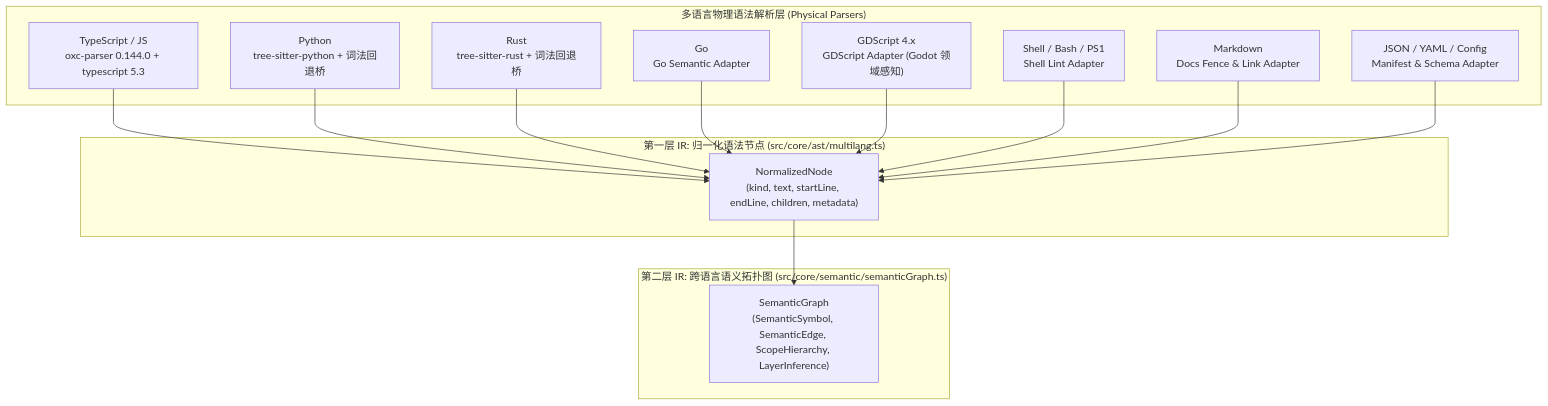
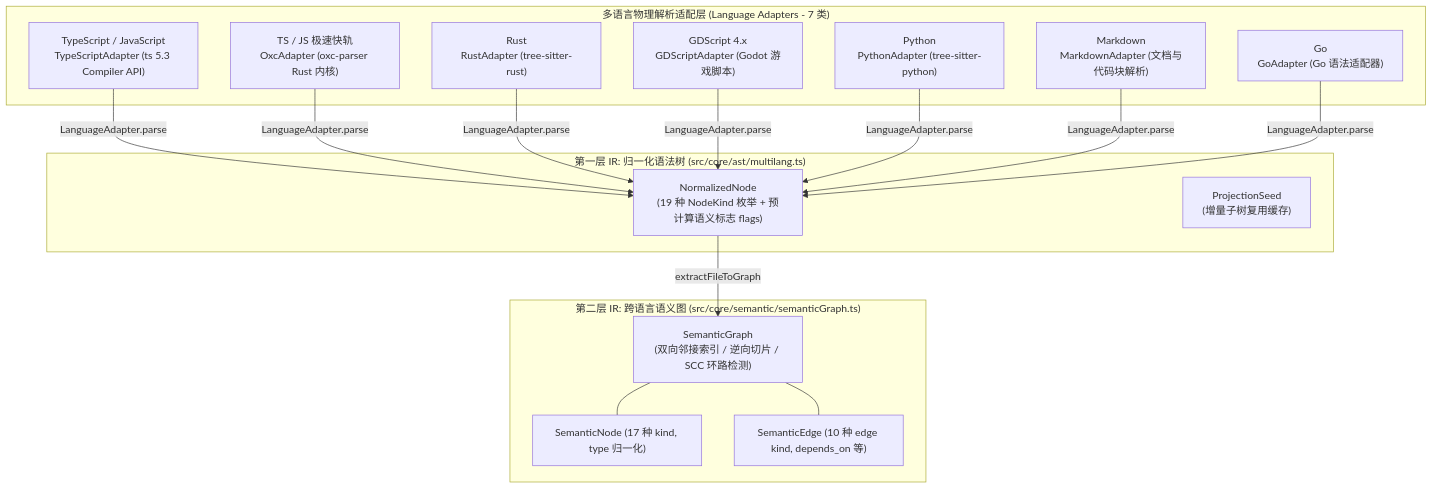
The diagram in auto-refactor/docs/02-parsers-and-ast/01-multilang-abstraction.md (guilingzhouyi-creator/vscode-extensions), drawn with Mermaid before and after one commit. The commit also changed other lines of this file and 28 other files, not shown here.

First line of the commit message:
docs(architecture): 全量对齐系统架构与规则体系技术文档

````diff
--- a/auto-refactor/docs/02-parsers-and-ast/01-multilang-abstraction.md
+++ b/auto-refactor/docs/02-parsers-and-ast/01-multilang-abstraction.md
@@ -12,24 +17,28 @@
 ```mermaid
 flowchart TD
-    subgraph Parsers["多语言物理语法解析层 (Physical Parsers)"]
-        TS["TypeScript / JS<br/>oxc-parser 0.144.0 + typescript 5.3"]
-        PY["Python<br/>tree-sitter-python + 词法回退桥"]
-        RS["Rust<br/>tree-sitter-rust + 词法回退桥"]
-        GO["Go<br/>Go Semantic Adapter"]
-        GD["GDScript 4.x<br/>GDScript Adapter (Godot 领域感知)"]
-        SH["Shell / Bash / PS1<br/>Shell Lint Adapter"]
-        MD["Markdown<br/>Docs Fence & Link Adapter"]
-        CFG_JSON["JSON / YAML / Config<br/>Manifest & Schema Adapter"]
-    end
+  subgraph Parsers["多语言物理解析适配层 (Language Adapters - 7 类)"]
+    TS["TypeScript / JavaScript<br/>TypeScriptAdapter (ts 5.3 Compiler API)"]
+    OXC["TS / JS 极速快轨<br/>OxcAdapter (oxc-parser Rust 内核)"]
+    RS["Rust<br/>RustAdapter (tree-sitter-rust)"]
+    GD["GDScript 4.x<br/>GDScriptAdapter (Godot 游戏脚本)"]
+    PY["Python<br/>PythonAdapter (tree-sitter-python)"]
+    MD["Markdown<br/>MarkdownAdapter (文档与代码块解析)"]
+    GO["Go<br/>GoAdapter (Go 语法适配器)"]
+  end
 
-    subgraph IR1["第一层 IR: 归一化语法节点 (src/core/ast/multilang.ts)"]
-        NORM["NormalizedNode<br/>(kind, text, startLine, endLine, children, metadata)"]
-    end
+  subgraph IR1["第一层 IR: 归一化语法树 (src/core/ast/multilang.ts)"]
+    NORM["NormalizedNode<br/>(19 种 NodeKind 枚举 + 预计算语义标志 flags)"]
+    SEED["ProjectionSeed<br/>(增量子树复用缓存)"]
+  end
 
-    subgraph IR2["第二层 IR: 跨语言语义拓扑图 (src/core/semantic/semanticGraph.ts)"]
-        SEM["SemanticGraph<br/>(SemanticSymbol, SemanticEdge, ScopeHierarchy, LayerInference)"]
-    end
+  subgraph IR2["第二层 IR: 跨语言语义图 (src/core/semantic/semanticGraph.ts)"]
+    SEM_NODE["SemanticNode (17 种 kind, type 归一化)"]
+    SEM_EDGE["SemanticEdge (10 种 edge kind, depends_on 等)"]
+    TOPOLOGY["SemanticGraph<br/>(双向邻接索引 / 逆向切片 / SCC 环路检测)"]
+  end
 
-    TS & PY & RS & GO & GD & SH & MD & CFG_JSON --> NORM
-    NORM --> SEM
+  TS & OXC & RS & GD & PY & MD & GO -->|LanguageAdapter.parse| NORM
+  NORM -->|extractFileToGraph| TOPOLOGY
+  TOPOLOGY --- SEM_NODE
+  TOPOLOGY --- SEM_EDGE
 ```
````
